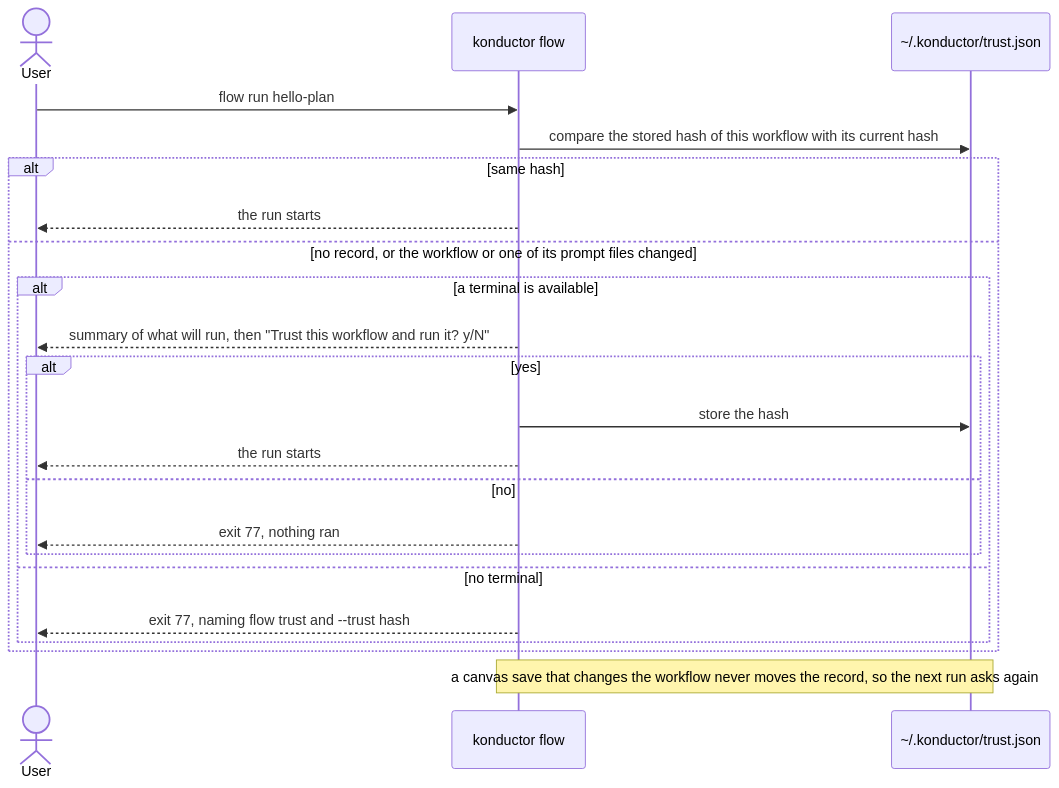
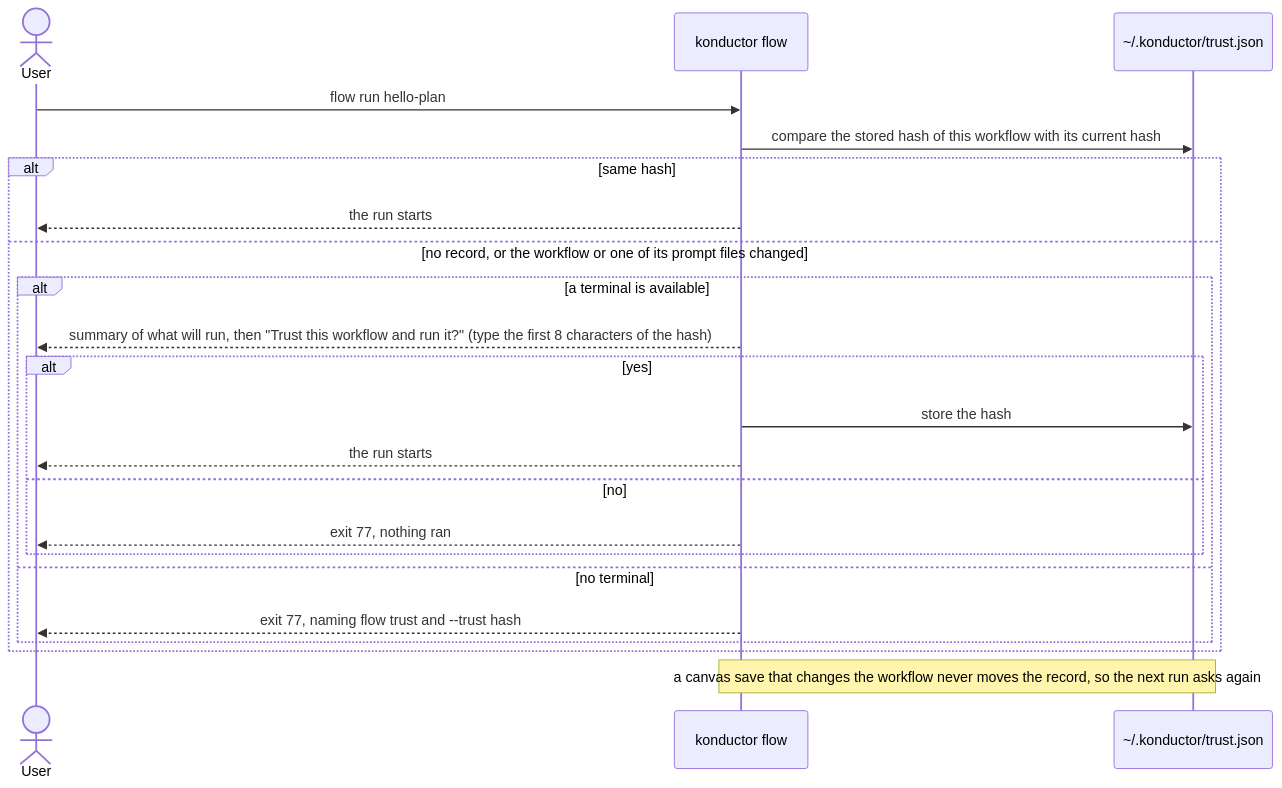
Before and after one commit to aws-solutions/konductor: the third of 3 diagrams in docs/design/workflows.md, drawn with Mermaid. The commit also changed other lines of this file and 3 other files, not shown here.

````diff
--- a/docs/design/workflows.md
+++ b/docs/design/workflows.md
@@ -247,24 +247,24 @@
 ```mermaid
 sequenceDiagram
     actor User
     participant Flow as konductor flow
     participant Record as ~/.konductor/trust.json
     User->>Flow: flow run hello-plan
     Flow->>Record: compare the stored hash of this workflow with its current hash
     alt same hash
         Flow-->>User: the run starts
     else no record, or the workflow or one of its prompt files changed
         alt a terminal is available
-            Flow-->>User: summary of what will run, then "Trust this workflow and run it? y/N"
+            Flow-->>User: summary of what will run, then "Trust this workflow and run it?" (type the first 8 characters of the hash)
             alt yes
                 Flow->>Record: store the hash
                 Flow-->>User: the run starts
             else no
                 Flow-->>User: exit 77, nothing ran
             end
         else no terminal
             Flow-->>User: exit 77, naming flow trust and --trust hash
         end
     end
     Note over Flow,Record: a canvas save that changes the workflow never moves the record, so the next run asks again
 ```
````
